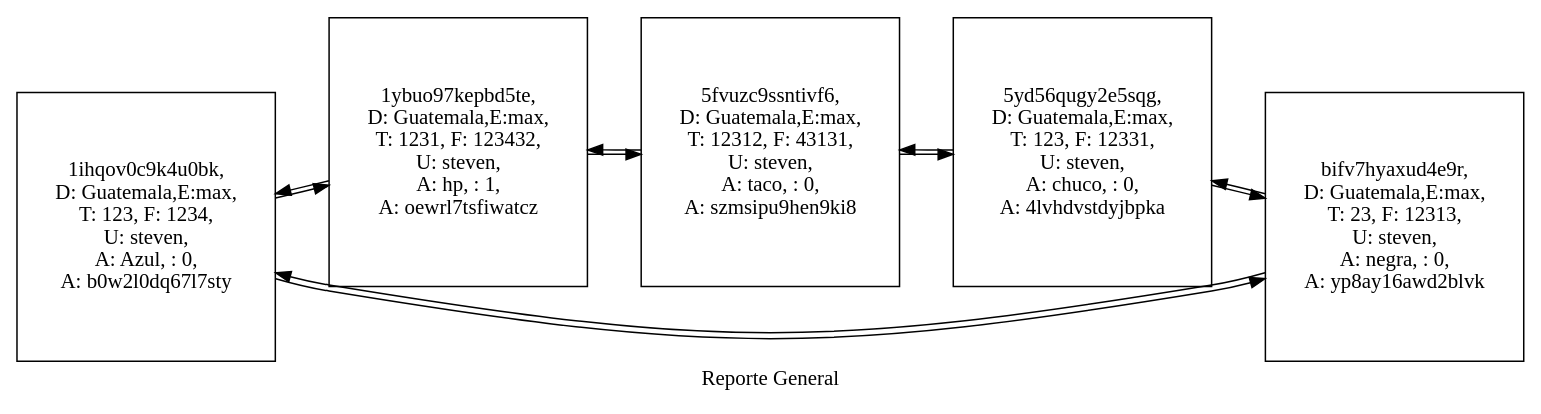
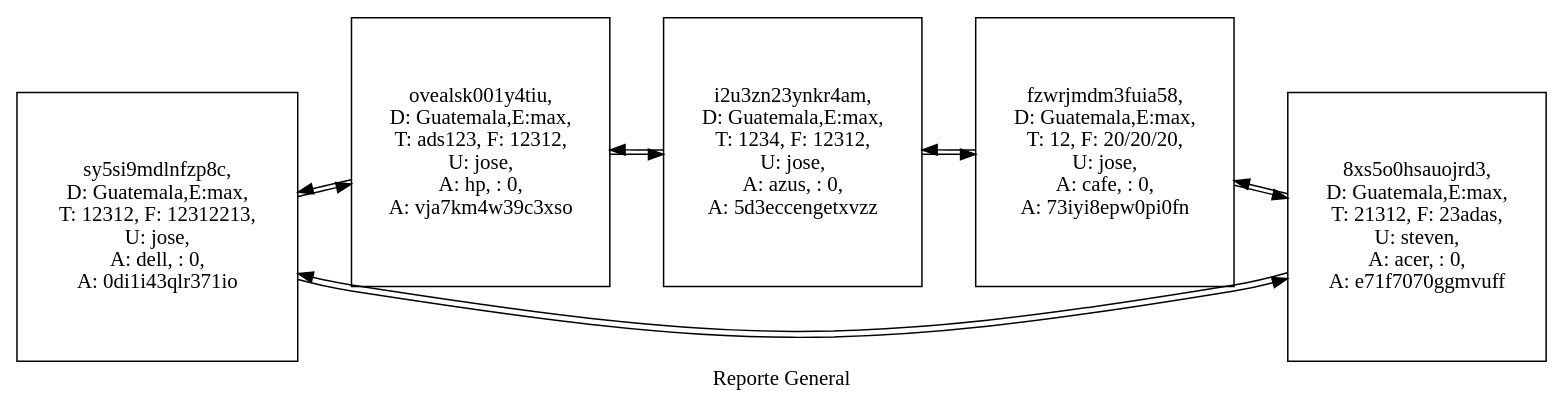
The diagram in PruebaListaCircular.dot (Stevensis/EDD20VJ_Proyecto1), drawn with Graphviz before and after one commit. The commit also changed 13 other files, not shown here.

```diff
--- a/PruebaListaCircular.dot
+++ b/PruebaListaCircular.dot
@@ -1,11 +1,11 @@
 digraph  { 
  nodesep=.05; 
  rankdir=LR; 
  node [shape=record,width=.5,height=2.5]; 
  label="Reporte General"; 
-"1ihqov0c9k4u0bk" [label=" 1ihqov0c9k4u0bk,\n D: Guatemala,E:max,\n T: 123, F: 1234,\n U: steven,\n A: Azul, : 0,\n A: b0w2l0dq67l7sty"] 
-"1ihqov0c9k4u0bk" -> "1ybuo97kepbd5te""1ihqov0c9k4u0bk" -> "bifv7hyaxud4e9r""1ybuo97kepbd5te" [label=" 1ybuo97kepbd5te,\n D: Guatemala,E:max,\n T: 1231, F: 123432,\n U: steven,\n A: hp, : 1,\n A: oewrl7tsfiwatcz"] 
-"1ybuo97kepbd5te" -> "5fvuzc9ssntivf6""1ybuo97kepbd5te" -> "1ihqov0c9k4u0bk""5fvuzc9ssntivf6" [label=" 5fvuzc9ssntivf6,\n D: Guatemala,E:max,\n T: 12312, F: 43131,\n U: steven,\n A: taco, : 0,\n A: szmsipu9hen9ki8"] 
-"5fvuzc9ssntivf6" -> "5yd56qugy2e5sqg""5fvuzc9ssntivf6" -> "1ybuo97kepbd5te""5yd56qugy2e5sqg" [label=" 5yd56qugy2e5sqg,\n D: Guatemala,E:max,\n T: 123, F: 12331,\n U: steven,\n A: chuco, : 0,\n A: 4lvhdvstdyjbpka"] 
-"5yd56qugy2e5sqg" -> "bifv7hyaxud4e9r""5yd56qugy2e5sqg" -> "5fvuzc9ssntivf6""bifv7hyaxud4e9r" [label=" bifv7hyaxud4e9r,\n D: Guatemala,E:max,\n T: 23, F: 12313,\n U: steven,\n A: negra, : 0,\n A: yp8ay16awd2blvk"] 
-"bifv7hyaxud4e9r" -> "1ihqov0c9k4u0bk""bifv7hyaxud4e9r" -> "5yd56qugy2e5sqg"}
+"sy5si9mdlnfzp8c" [label=" sy5si9mdlnfzp8c,\n D: Guatemala,E:max,\n T: 12312, F: 12312213,\n U: jose,\n A: dell, : 0,\n A: 0di1i43qlr371io"] 
+"sy5si9mdlnfzp8c" -> "ovealsk001y4tiu""sy5si9mdlnfzp8c" -> "8xs5o0hsauojrd3""ovealsk001y4tiu" [label=" ovealsk001y4tiu,\n D: Guatemala,E:max,\n T: ads123, F: 12312,\n U: jose,\n A: hp, : 0,\n A: vja7km4w39c3xso"] 
+"ovealsk001y4tiu" -> "i2u3zn23ynkr4am""ovealsk001y4tiu" -> "sy5si9mdlnfzp8c""i2u3zn23ynkr4am" [label=" i2u3zn23ynkr4am,\n D: Guatemala,E:max,\n T: 1234, F: 12312,\n U: jose,\n A: azus, : 0,\n A: 5d3eccengetxvzz"] 
+"i2u3zn23ynkr4am" -> "fzwrjmdm3fuia58""i2u3zn23ynkr4am" -> "ovealsk001y4tiu""fzwrjmdm3fuia58" [label=" fzwrjmdm3fuia58,\n D: Guatemala,E:max,\n T: 12, F: 20/20/20,\n U: jose,\n A: cafe, : 0,\n A: 73iyi8epw0pi0fn"] 
+"fzwrjmdm3fuia58" -> "8xs5o0hsauojrd3""fzwrjmdm3fuia58" -> "i2u3zn23ynkr4am""8xs5o0hsauojrd3" [label=" 8xs5o0hsauojrd3,\n D: Guatemala,E:max,\n T: 21312, F: 23adas,\n U: steven,\n A: acer, : 0,\n A: e71f7070ggmvuff"] 
+"8xs5o0hsauojrd3" -> "sy5si9mdlnfzp8c""8xs5o0hsauojrd3" -> "fzwrjmdm3fuia58"}
```
